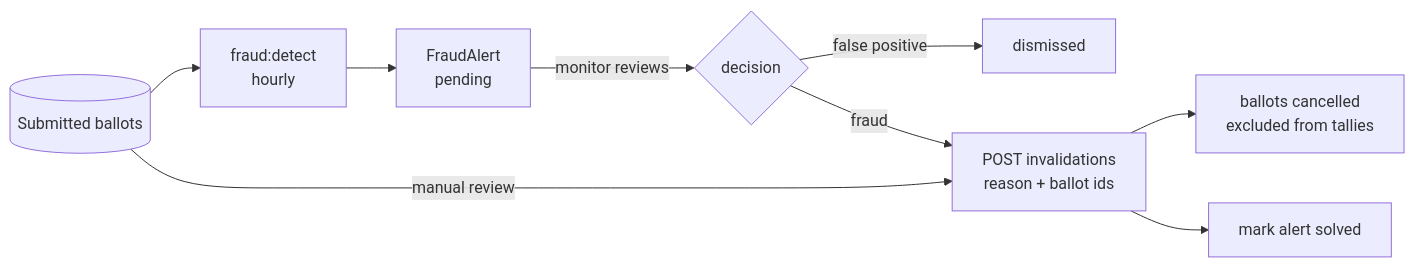
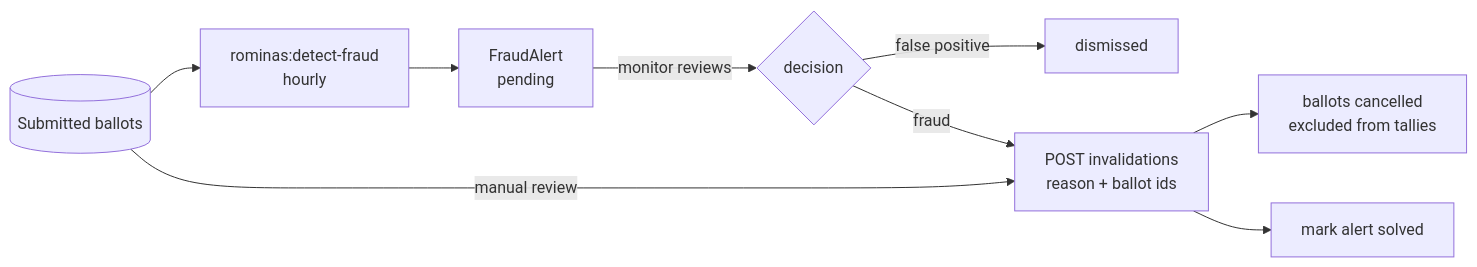
One commit to soma-labs/rominas-api changed the diagram in docs/fraud-monitoring.md. Above: the diagram before and after it, drawn with Mermaid. The commit also changed other lines of this file and 10 other files, not shown here.

````diff
--- a/docs/fraud-monitoring.md
+++ b/docs/fraud-monitoring.md
@@ -15,11 +15,11 @@
 ```mermaid
 flowchart LR
-    B[(Submitted ballots)] --> D[fraud:detect<br/>hourly]
+    B[(Submitted ballots)] --> D[rominas:detect-fraud<br/>hourly]
     D --> A[FraudAlert<br/>pending]
     A -->|monitor reviews| R{decision}
     R -->|false positive| X[dismissed]
     R -->|fraud| I[POST invalidations<br/>reason + ballot ids]
     I --> C[ballots cancelled<br/>excluded from tallies]
     I --> S[mark alert solved]
     B -->|manual review| I
 ```
````
